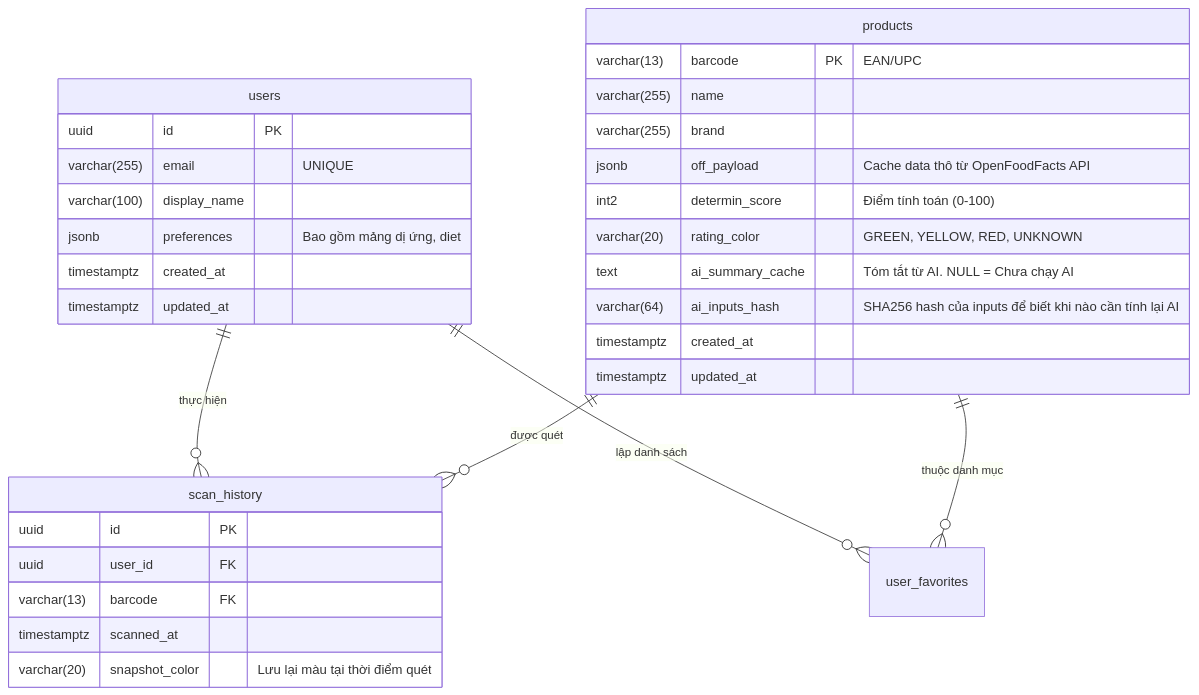
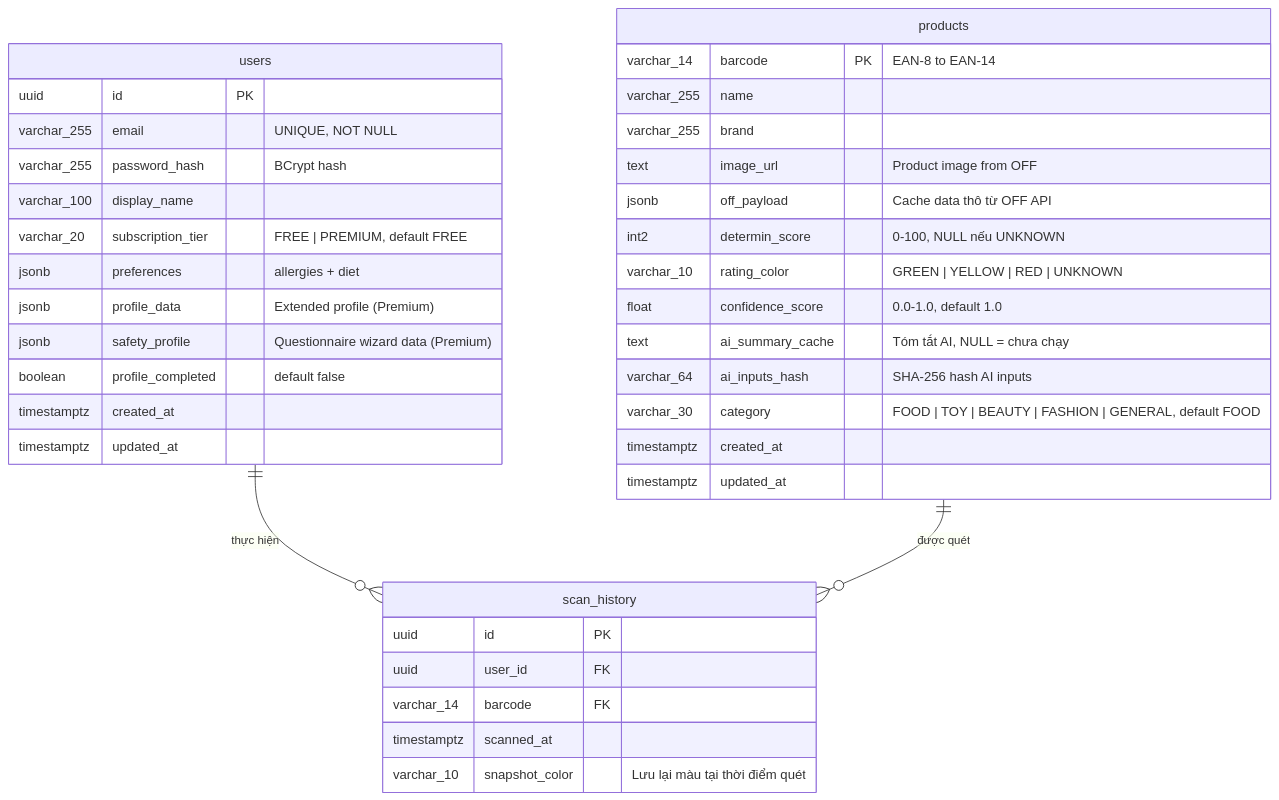
One commit to Masterltb/dico-barcode changed the diagram in doc/05_DATA_DICTIONARY_ERD_V2.md. Above: the diagram before and after it, drawn with Mermaid. The commit also changed other lines of this file and 16 other files, not shown here.

Commit message:
feat: Establish DICO Scan V2 architecture, API, and core services, including authentication, user management, and detailed specifications.

````diff
--- a/doc/05_DATA_DICTIONARY_ERD_V2.md
+++ b/doc/05_DATA_DICTIONARY_ERD_V2.md
@@ -6,37 +6,43 @@
 ```mermaid
 erDiagram
     users ||--o{ scan_history : "thực hiện"
-    users ||--o{ user_favorites : "lập danh sách"
     products ||--o{ scan_history : "được quét"
-    products ||--o{ user_favorites : "thuộc danh mục"
 
     users {
         uuid id PK
-        varchar(255) email "UNIQUE"
-        varchar(100) display_name
-        jsonb preferences "Bao gồm mảng dị ứng, diet"
+        varchar_255 email "UNIQUE, NOT NULL"
+        varchar_255 password_hash "BCrypt hash"
+        varchar_100 display_name
+        varchar_20 subscription_tier "FREE | PREMIUM, default FREE"
+        jsonb preferences "allergies + diet"
+        jsonb profile_data "Extended profile (Premium)"
+        jsonb safety_profile "Questionnaire wizard data (Premium)"
+        boolean profile_completed "default false"
         timestamptz created_at
         timestamptz updated_at
     }
 
     products {
-        varchar(13) barcode PK "EAN/UPC"
-        varchar(255) name
-        varchar(255) brand
-        jsonb off_payload "Cache data thô từ OpenFoodFacts API"
-        int2 determin_score "Điểm tính toán (0-100)"
-        varchar(20) rating_color "GREEN, YELLOW, RED, UNKNOWN"
-        text ai_summary_cache "Tóm tắt từ AI. NULL = Chưa chạy AI"
-        varchar(64) ai_inputs_hash "SHA256 hash của inputs để biết khi nào cần tính lại AI"
+        varchar_14 barcode PK "EAN-8 to EAN-14"
+        varchar_255 name
+        varchar_255 brand
+        text image_url "Product image from OFF"
+        jsonb off_payload "Cache data thô từ OFF API"
+        int2 determin_score "0-100, NULL nếu UNKNOWN"
+        varchar_10 rating_color "GREEN | YELLOW | RED | UNKNOWN"
+        float confidence_score "0.0-1.0, default 1.0"
+        text ai_summary_cache "Tóm tắt AI, NULL = chưa chạy"
+        varchar_64 ai_inputs_hash "SHA-256 hash AI inputs"
+        varchar_30 category "FOOD | TOY | BEAUTY | FASHION | GENERAL, default FOOD"
         timestamptz created_at
         timestamptz updated_at
     }
 
     scan_history {
         uuid id PK
         uuid user_id FK
-        varchar(13) barcode FK
+        varchar_14 barcode FK
         timestamptz scanned_at
-        varchar(20) snapshot_color "Lưu lại màu tại thời điểm quét"
+        varchar_10 snapshot_color "Lưu lại màu tại thời điểm quét"
     }
 ```
````
